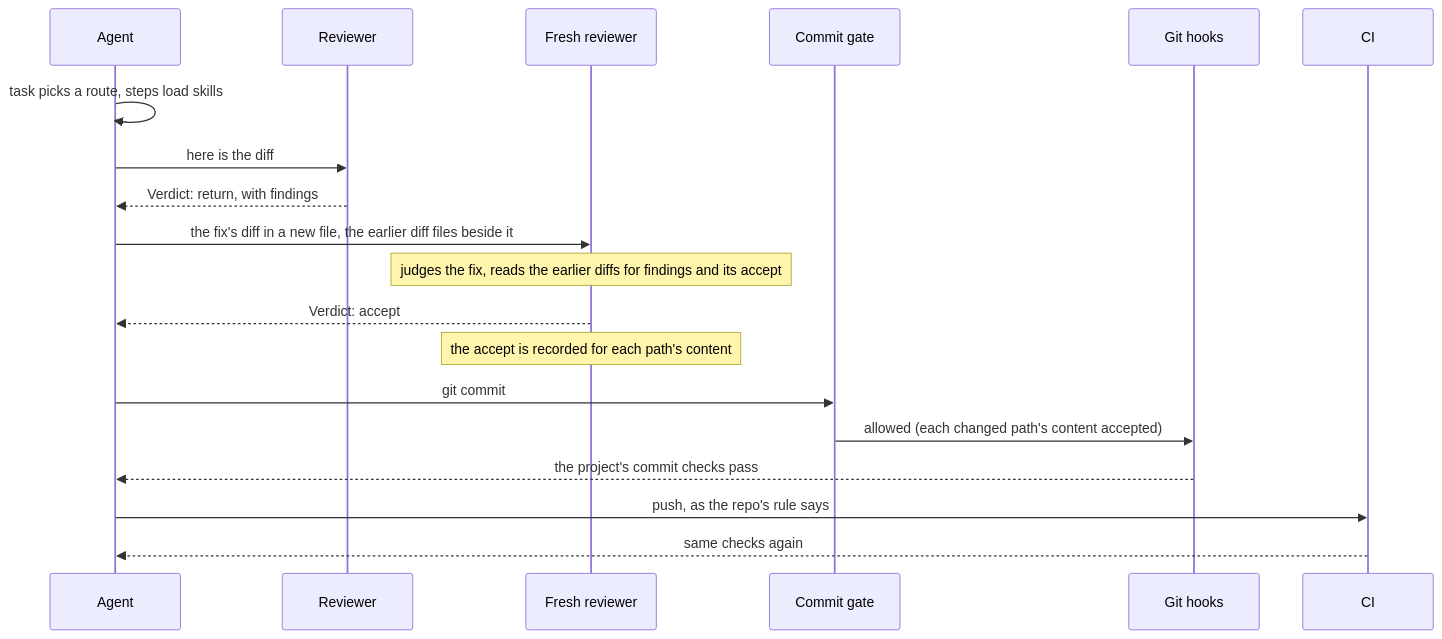
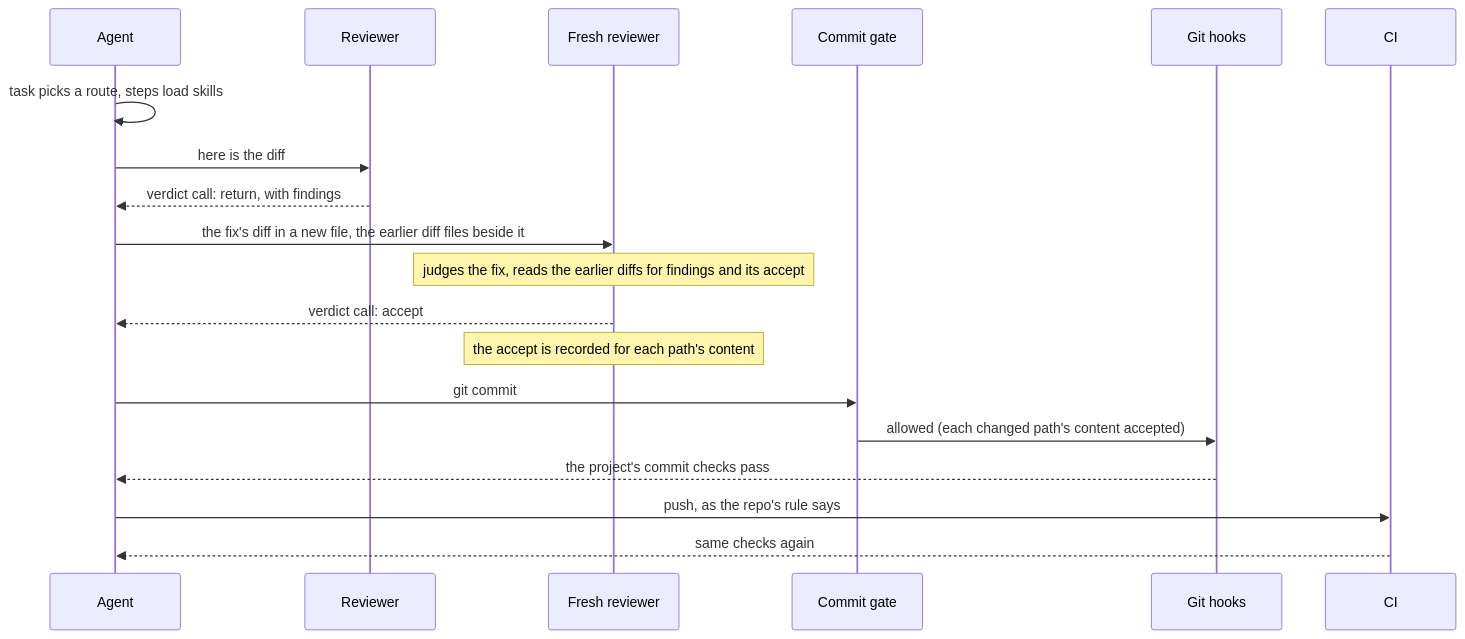
The third of 3 diagrams in docs/plugin.md (cniska/agent-skills), drawn with Mermaid before and after one commit. The commit also changed other lines of this file and 3 other files, not shown here.

````diff
--- a/docs/plugin.md
+++ b/docs/plugin.md
@@ -31,21 +31,21 @@
 ```mermaid
 sequenceDiagram
   participant A as Agent
   participant V as Reviewer
   participant R as Fresh reviewer
   participant P as Commit gate
   participant G as Git hooks
   participant C as CI
   A->>A: task picks a route, steps load skills
   A->>V: here is the diff
-  V-->>A: Verdict: return, with findings
+  V-->>A: verdict call: return, with findings
   A->>R: the fix's diff in a new file, the earlier diff files beside it
   Note over R: judges the fix, reads the earlier diffs for findings and its accept
-  R-->>A: Verdict: accept
+  R-->>A: verdict call: accept
   Note over R: the accept is recorded for each path's content
   A->>P: git commit
   P->>G: allowed (each changed path's content accepted)
   G-->>A: the project's commit checks pass
   A->>C: push, as the repo's rule says
   C-->>A: same checks again
 ```
````
